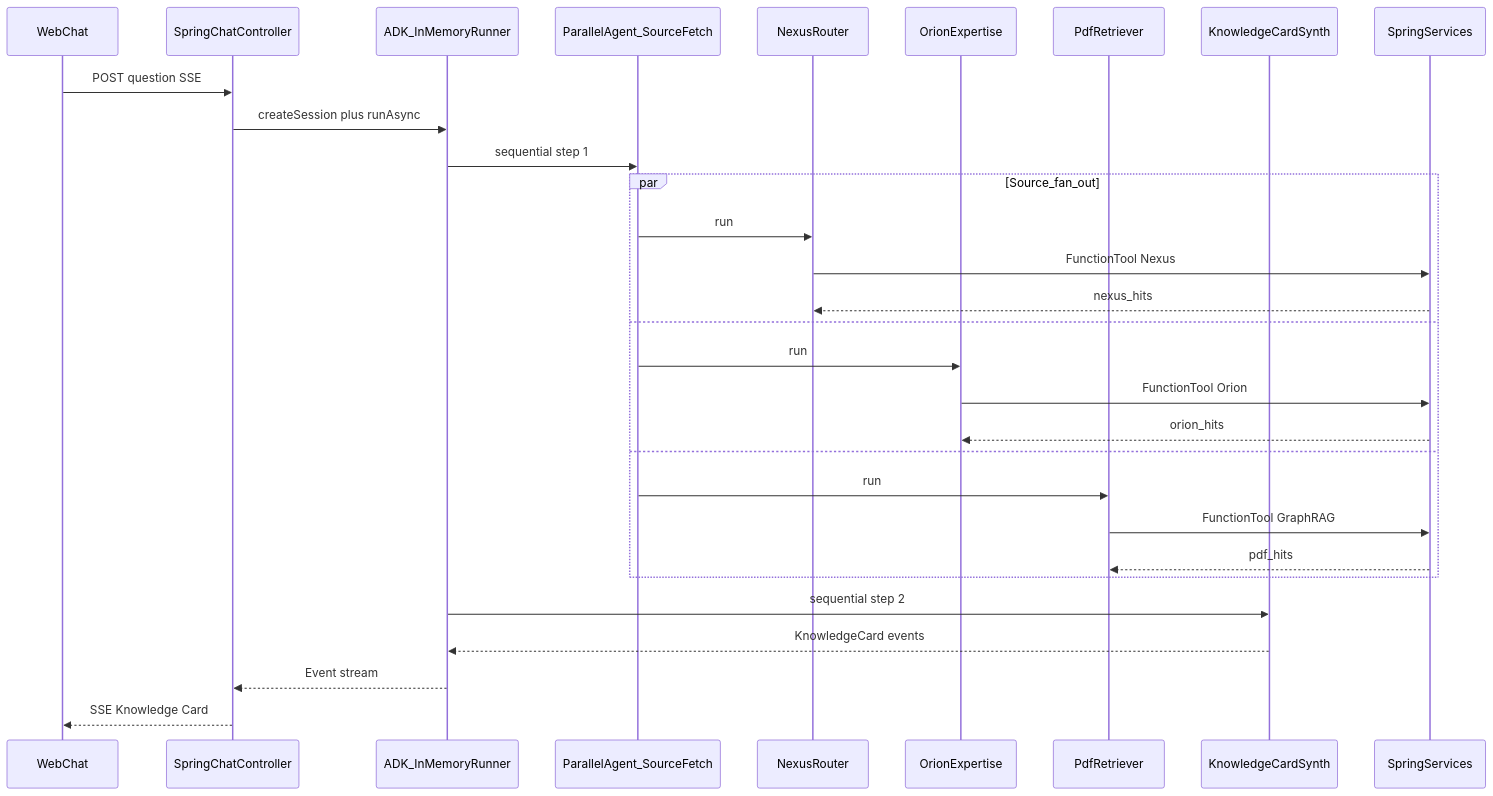
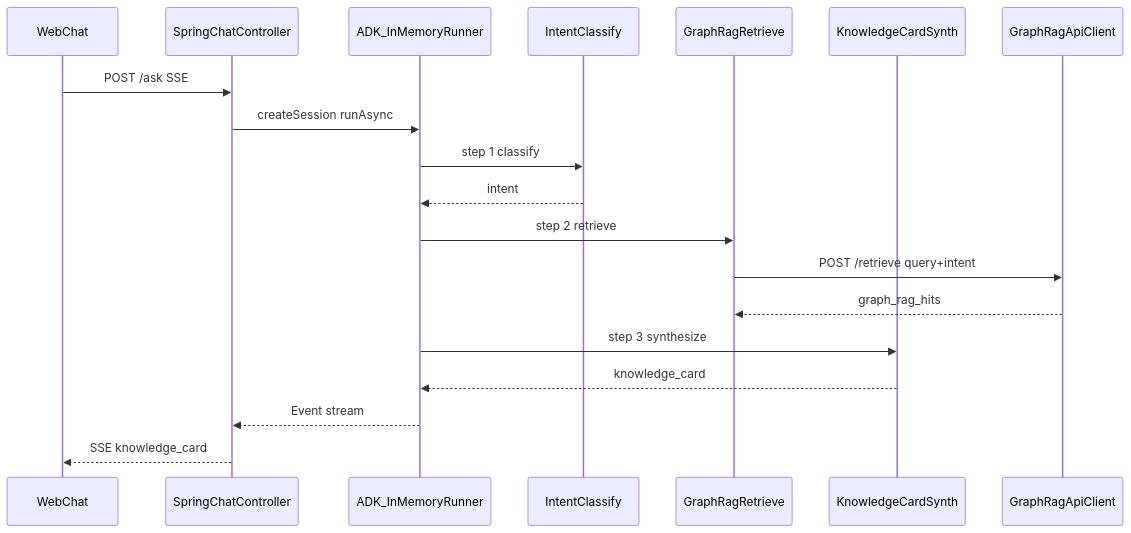
Before and after one commit to ShivendraGupta13/sage-ai: the third of 3 diagrams in docs/google-java-adk-usage.md, drawn with Mermaid. The commit also changed other lines of this file and 3 other files, not shown here.

Commit message:
updated architecture and documentation

````diff
--- a/docs/google-java-adk-usage.md
+++ b/docs/google-java-adk-usage.md
@@ -172,33 +175,22 @@
 ```mermaid
 sequenceDiagram
   participant UI as WebChat
   participant API as SpringChatController
   participant Runner as ADK_InMemoryRunner
-  participant SourceFetch as ParallelAgent_SourceFetch
-  participant Nexus as NexusRouter
-  participant Orion as OrionExpertise
-  participant Pdf as PdfRetriever
+  participant Intent as IntentClassify
+  participant GraphRag as GraphRagRetrieve
   participant Synth as KnowledgeCardSynth
-  participant Svcs as SpringServices
+  participant RAG as GraphRagApiClient
 
-  UI->>API: POST question SSE
-  API->>Runner: createSession plus runAsync
-  Runner->>SourceFetch: sequential step 1
-  par Source_fan_out
-    SourceFetch->>Nexus: run
-    Nexus->>Svcs: FunctionTool Nexus
-    Svcs-->>Nexus: nexus_hits
-  and
-    SourceFetch->>Orion: run
-    Orion->>Svcs: FunctionTool Orion
-    Svcs-->>Orion: orion_hits
-  and
-    SourceFetch->>Pdf: run
-    Pdf->>Svcs: FunctionTool GraphRAG
-    Svcs-->>Pdf: pdf_hits
-  end
-  Runner->>Synth: sequential step 2
-  Synth-->>Runner: KnowledgeCard events
+  UI->>API: POST /ask SSE
+  API->>Runner: createSession runAsync
+  Runner->>Intent: step 1 classify
+  Intent-->>Runner: intent
+  Runner->>GraphRag: step 2 retrieve
+  GraphRag->>RAG: POST /retrieve query+intent
+  RAG-->>GraphRag: graph_rag_hits
+  Runner->>Synth: step 3 synthesize
+  Synth-->>Runner: knowledge_card
   Runner-->>API: Event stream
-  API-->>UI: SSE Knowledge Card
+  API-->>UI: SSE knowledge_card
 ```
````
